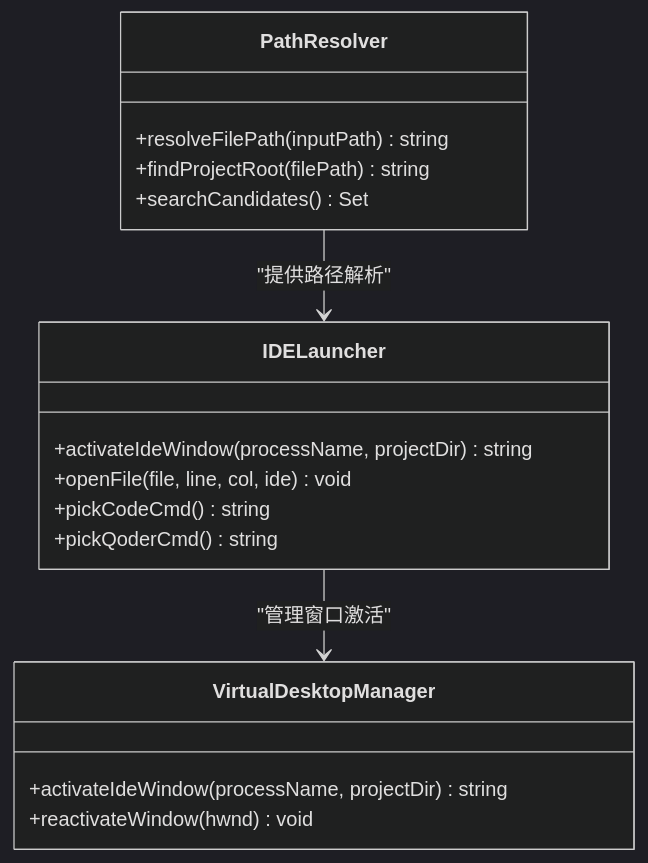
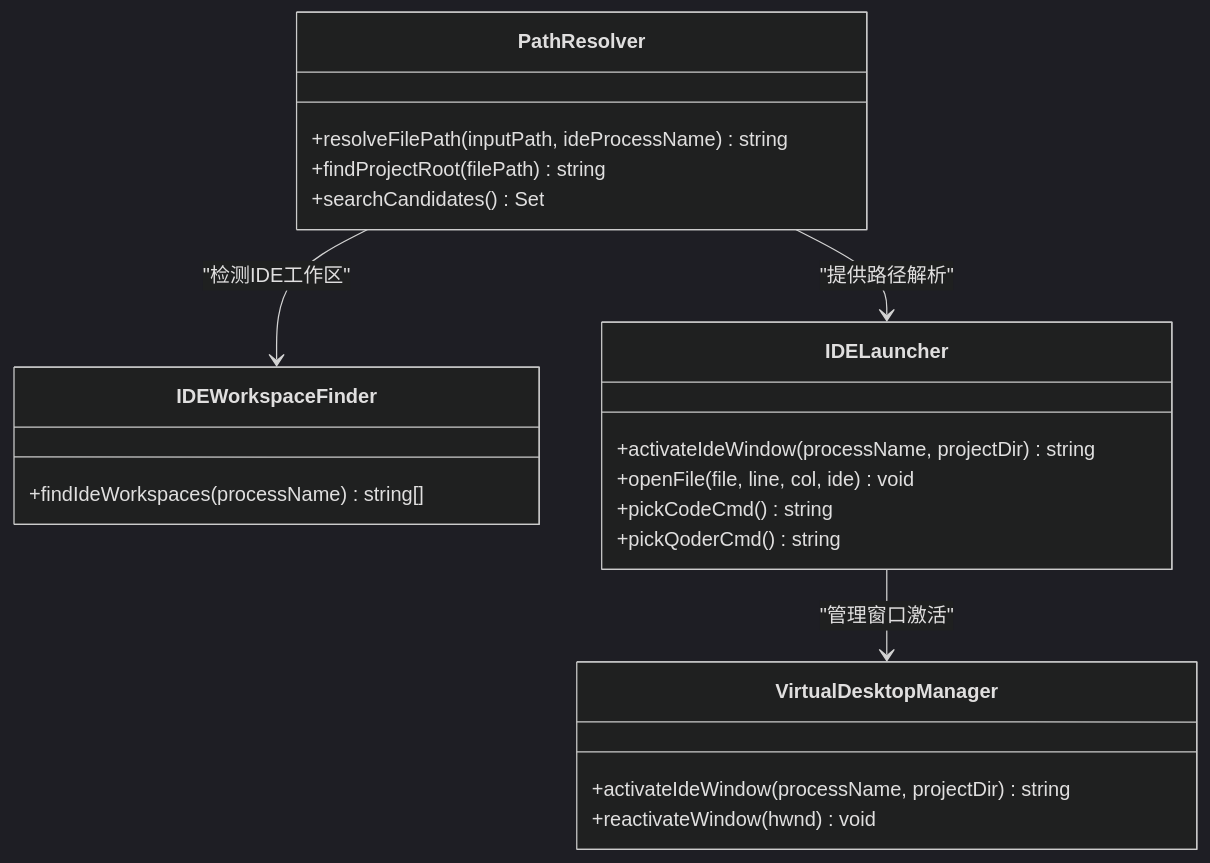
One commit to wangys-123doit/hotkey changed the sixth of 14 diagrams in .qoder/repowiki/zh/content/外部工具集成/DevTools VS Code 开发者工具集成系统.md. Above: the diagram before and after it, drawn with Mermaid (dark theme). The commit also changed other lines of this file and 5 other files, not shown here.

````diff
--- a/.qoder/repowiki/zh/content/外部工具集成/DevTools VS Code 开发者工具集成系统.md
+++ b/.qoder/repowiki/zh/content/外部工具集成/DevTools VS Code 开发者工具集成系统.md
@@ -225,20 +261,24 @@
 ```mermaid
 classDiagram
 class PathResolver {
-+resolveFilePath(inputPath) string
++resolveFilePath(inputPath, ideProcessName) string
 +findProjectRoot(filePath) string
 +searchCandidates() Set
+}
+class IDEWorkspaceFinder {
++findIdeWorkspaces(processName) string[]
 }
 class IDELauncher {
 +activateIdeWindow(processName, projectDir) string
 +openFile(file, line, col, ide) void
 +pickCodeCmd() string
 +pickQoderCmd() string
 }
 class VirtualDesktopManager {
 +activateIdeWindow(processName, projectDir) string
 +reactivateWindow(hwnd) void
 }
+PathResolver --> IDEWorkspaceFinder : "检测IDE工作区"
 PathResolver --> IDELauncher : "提供路径解析"
 IDELauncher --> VirtualDesktopManager : "管理窗口激活"
 ```
````
